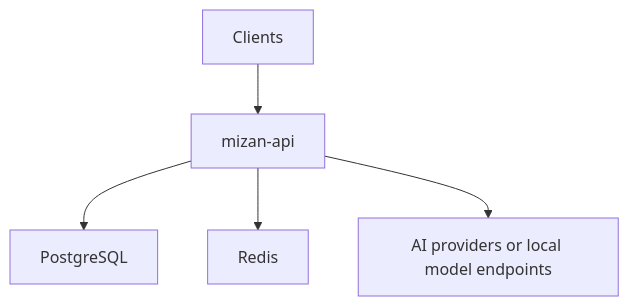
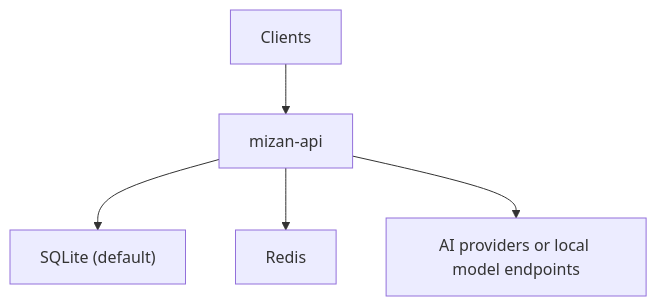
The second of 2 diagrams in docs/ARCHITECTURE.md (pendig/mizan), drawn with Mermaid before and after one commit. The commit also changed other lines of this file and 18 other files, not shown here.

Commit message:
feat(api): stabilize phase-1 bootstrap with sqlite-first runtime and health checks

````diff
--- a/docs/ARCHITECTURE.md
+++ b/docs/ARCHITECTURE.md
@@ -229,7 +229,7 @@
 ```mermaid
 flowchart TB
     Internet["Clients"] --> API["mizan-api"]
-    API --> Postgres["PostgreSQL"]
+    API --> Postgres["SQLite (default)"]
     API --> Redis["Redis"]
     API --> Upstream["AI providers or local model endpoints"]
 ```
````
